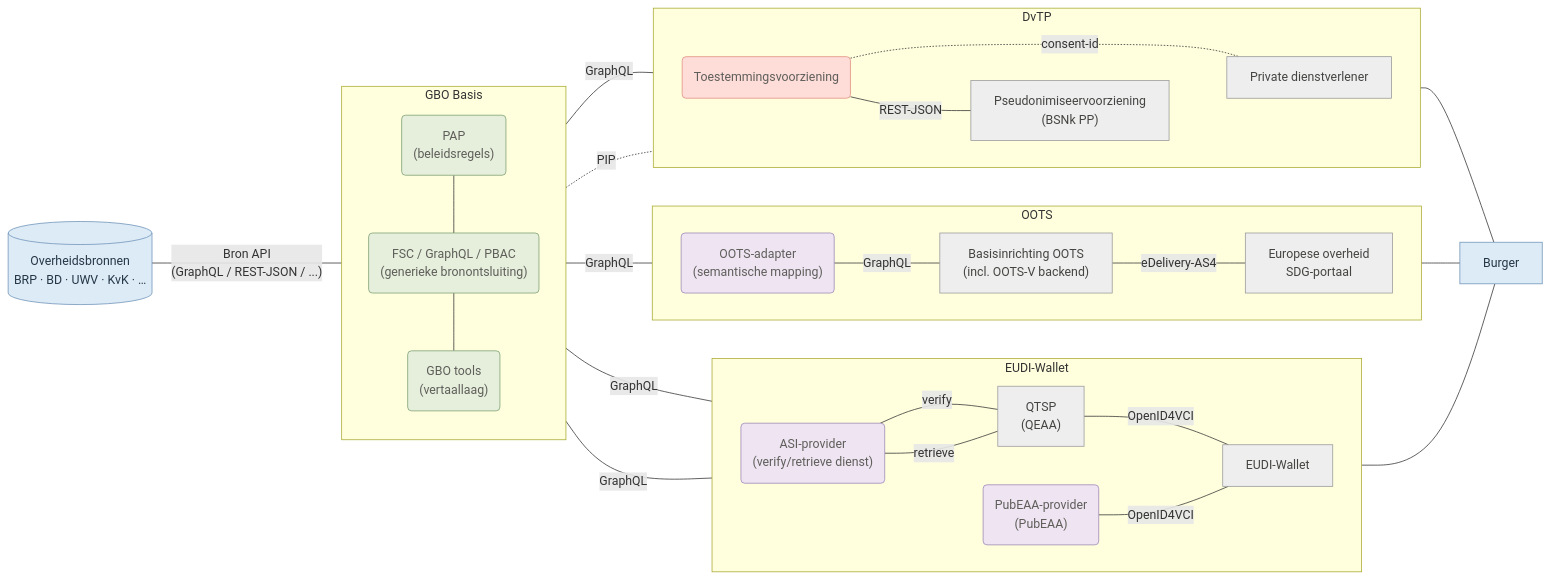
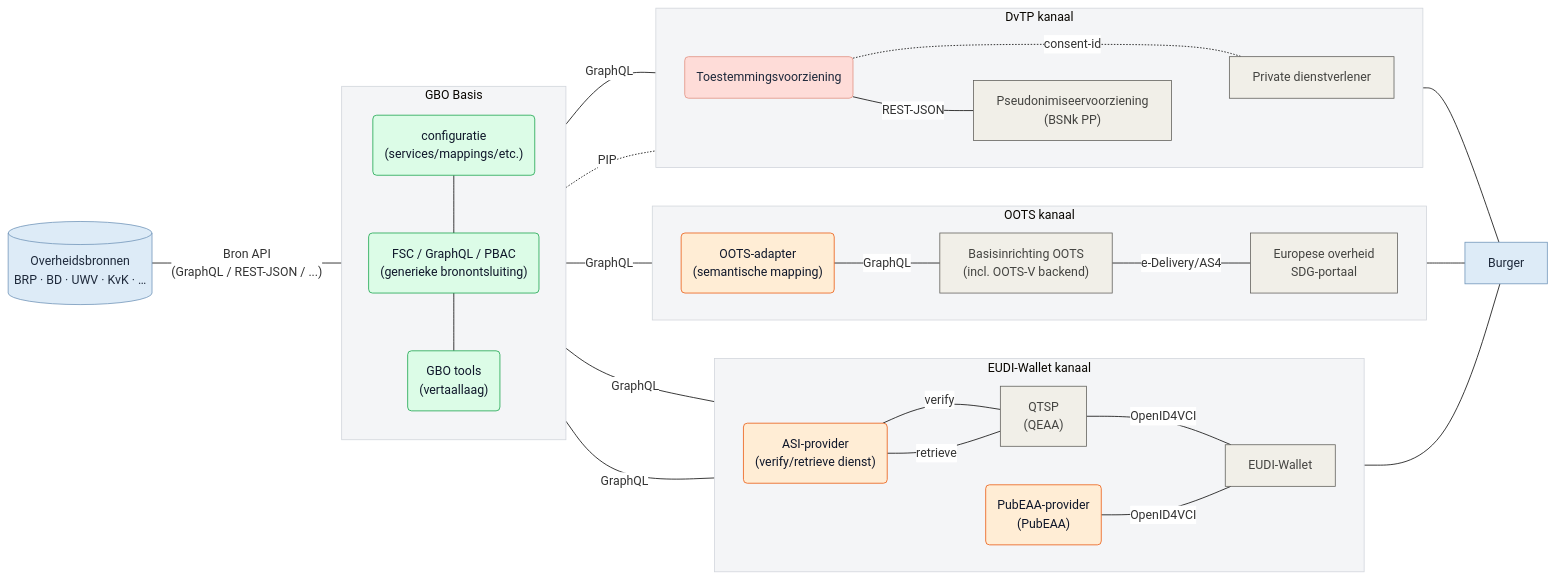
The diagram in pr-preview/pr-50/diagrammen/gbo_swimlanes.mmd (ICTU/GBO-GO), drawn with Mermaid before and after one commit. The commit also changed 11 other files, not shown here.

```diff
--- a/pr-preview/pr-50/diagrammen/gbo_swimlanes.mmd
+++ b/pr-preview/pr-50/diagrammen/gbo_swimlanes.mmd
@@ -1,71 +1,90 @@
+%%{
+  init: {
+    'theme': 'base',
+    'themeVariables': {
+      'darkMode': false,
+      'background': '#FFFFFF',
+      'edgeLabelBackground': '#FFFFFF'
+    },
+    'themeCSS': 'svg, .mermaid, #mermaid-svg, .mermaid > svg { background-color: #FFFFFF !important; background: #FFFFFF !important; } @media (prefers-color-scheme: dark) { svg, .mermaid, #mermaid-svg, .mermaid > svg { background-color: #FFFFFF !important; background: #FFFFFF !important; } }'
+  }
+}%%
 flowchart LR
   subgraph gbo["GBO Basis"]
     direction TB
-        fsc_pap("PAP<br/>(beleidsregels)")
+        fsc_config("configuratie<br/>(services/mappings/etc.)")
         fsc("FSC / GraphQL / PBAC<br/>(generieke bronontsluiting)")
         fsc_tools("GBO tools<br/>(vertaallaag)")
   end
-  subgraph eudi["EUDI-Wallet"]
+  subgraph eudi["EUDI-Wallet kanaal"]
     direction LR
         eudi_asi("ASI-provider<br/>(verify/retrieve dienst)")
         eudi_pubeaa("PubEAA-provider<br/>(PubEAA)")
         eudi_qeaa["QTSP<br/>(QEAA)"]
         eudi_wallet["EUDI-Wallet"]
   end
-  subgraph oots["OOTS"]
+  subgraph oots["OOTS kanaal"]
     direction LR
         oots_adapter("OOTS-adapter<br/>(semantische mapping)")
         oots_basis["Basisinrichting OOTS<br/>(incl. OOTS-V backend)"]
         oots_afnemer["Europese overheid<br/>SDG-portaal"]
   end
-  subgraph dvtp["DvTP"]
+  subgraph dvtp["DvTP kanaal"]
     direction LR
         dvtp_toestemming("Toestemmingsvoorziening")
         dvtp_pseudoniem["Pseudonimiseervoorziening<br/>(BSNk PP)"]
         dvtp_afnemer["Private dienstverlener"]
   end
 
-  fsc_pap --- fsc
+  fsc_config --- fsc
   fsc --- fsc_tools
   bron[("Overheidsbronnen<br/>BRP · BD · UWV · KvK · …")] -- Bron API<br/>(GraphQL / REST-JSON / ...) --- gbo
   eudi_asi -- verify --- eudi_qeaa
   eudi_asi -- retrieve --- eudi_qeaa
   eudi_qeaa -- OpenID4VCI --- eudi_wallet
   gbo -- GraphQL --- eudi_asi & eudi_pubeaa & oots_adapter & dvtp_afnemer
   eudi_asi ~~~ eudi_pubeaa
   eudi_pubeaa -- OpenID4VCI --- eudi_wallet
   oots_adapter -- GraphQL --- oots_basis
-  oots_basis -- eDelivery-AS4 --- oots_afnemer
+  oots_basis -- e-Delivery/AS4 --- oots_afnemer
   gbo -. PIP .- dvtp_toestemming
   dvtp_toestemming -. consent-id .- dvtp_afnemer
   dvtp_toestemming -- REST-JSON --- dvtp_pseudoniem
   dvtp_pseudoniem ~~~ dvtp_afnemer
   eudi_wallet --- burger["Burger"]
   oots_afnemer --- burger
   dvtp_afnemer --- burger
 
-  fsc_pap:::gbo_d
   fsc:::gbo_d
   fsc_tools:::gbo_d
+  fsc_config:::gbo_d
   eudi_asi:::gbo_k
   eudi_pubeaa:::gbo_k
   eudi_qeaa:::eudi
   eudi_wallet:::eudi
   oots_adapter:::gbo_k
   oots_basis:::oots
   oots_afnemer:::oots
   dvtp_toestemming:::gbo_c
   dvtp_pseudoniem:::dvtp
   dvtp_afnemer:::dvtp
   bron:::bron
   burger:::burger
 
-  classDef bron fill:#DDEBF7,stroke:#6F94B8,color:#263746
-  classDef generiek fill:#f1efe8,stroke:#5f5e5a,color:#444441
-  classDef eudi fill:#EEEEEE,stroke:#999999,color:#444441
-  classDef oots fill:#EEEEEE,stroke:#999999,color:#444441
-  classDef dvtp fill:#EEEEEE,stroke:#999999,color:#444441
-  classDef gbo_k fill:#EEE4F2,stroke:#9C86B7,color:#5f5e5a
-  classDef gbo_c fill:#FEDCD8,stroke:#E28F80,color:#5f5e5a
-  classDef gbo_d fill:#E5EFDC,stroke:#7E9F72,color:#5f5e5a
-  classDef burger fill:#DDEBF7,stroke:#6F94B8,color:#263746
+  %% Subgraph Stijlen
+  style gbo fill:#F4F5F7,stroke:#D1D5DB,stroke-width:1px
+  style eudi fill:#F4F5F7,stroke:#D1D5DB,stroke-width:1px
+  style oots fill:#F4F5F7,stroke:#D1D5DB,stroke-width:1px
+  style dvtp fill:#F4F5F7,stroke:#D1D5DB,stroke-width:1px
+
+  %% Elementstijlen
+  classDef bron fill:#DDEBF7,stroke:#6F94B8,color:#1E293B
+  classDef burger fill:#DDEBF7,stroke:#6F94B8,color:#1E293B
+
+  classDef eudi fill:#f1efe8,stroke:#5f5e5a,color:#444441
+  classDef oots fill:#f1efe8,stroke:#5f5e5a,color:#444441
+  classDef dvtp fill:#f1efe8,stroke:#5f5e5a,color:#444441
+
+  classDef gbo_c fill:#FEDCD8,stroke:#E28F80,color:#1E293B
+  classDef gbo_d fill:#DCFCE7,stroke:#16A34A,color:#0F172A
+  classDef gbo_k fill:#FFEDD5,stroke:#EA580C,color:#0F172A
```
